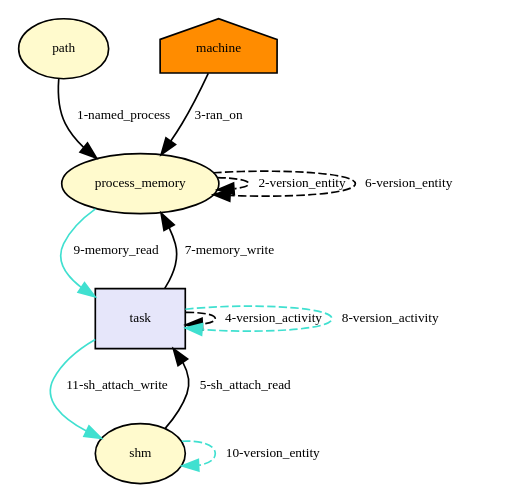
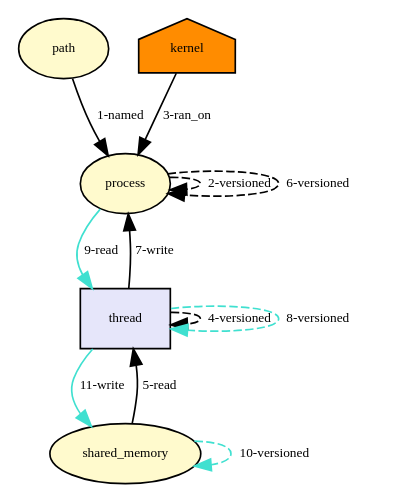
Before and after one commit to TinkerBellSystem/graph-matching: the diagram in dot/demo_shm_shmat.dot, drawn with Graphviz. The commit also changed 1 other file, not shown here.

```diff
--- a/dot/demo_shm_shmat.dot
+++ b/dot/demo_shm_shmat.dot
@@ -1,33 +1,33 @@
 digraph RGL__DirectedAdjacencyGraph {path[fontsize = 8,label = "path",shape = ellipse, fillcolor="#fffacd", style = filled]
 
-process_memory[fontsize = 8,label = "process_memory",shape = ellipse, fillcolor="#fffacd", style = filled]
+process[fontsize = 8,label = "process",shape = ellipse, fillcolor="#fffacd", style = filled]
 
-path -> process_memory[fontsize = 8,label = "1-named_process", color="#000000"]
+path -> process[fontsize = 8,label = "1-named", color="#000000"]
 
-process_memory -> process_memory[fontsize = 8,label = "2-version_entity", color="#000000", style = dashed]
+process -> process[fontsize = 8,label = "2-versioned", color="#000000", style = dashed]
 
-machine[fontsize = 8,label = "machine",shape = house, fillcolor="#ff8c00", style = filled]
+kernel[fontsize = 8,label = "kernel",shape = house, fillcolor="#ff8c00", style = filled]
 
-machine -> process_memory[fontsize = 8,label = "3-ran_on", color="#000000"]
+kernel -> process[fontsize = 8,label = "3-ran_on", color="#000000"]
 
-task[fontsize = 8,label = "task",shape = rectangle, fillcolor="#e6e6fa", style = filled]
+thread[fontsize = 8,label = "thread",shape = rectangle, fillcolor="#e6e6fa", style = filled]
 
-task -> task[fontsize = 8,label = "4-version_activity", color="#000000", style = dashed]
+thread -> thread[fontsize = 8,label = "4-versioned", color="#000000", style = dashed]
 
-shm[fontsize = 8,label = "shm",shape = ellipse, fillcolor="#fffacd", style = filled]
+shared_memory[fontsize = 8,label = "shared_memory",shape = ellipse, fillcolor="#fffacd", style = filled]
 
-shm -> task[fontsize = 8,label = "5-sh_attach_read", color="#000000"]
+shared_memory -> thread[fontsize = 8,label = "5-read", color="#000000"]
 
-process_memory -> process_memory[fontsize = 8,label = "6-version_entity", color="#000000", style = dashed]
+process -> process[fontsize = 8,label = "6-versioned", color="#000000", style = dashed]
 
-task -> process_memory[fontsize = 8,label = "7-memory_write", color="#000000"]
+thread -> process[fontsize = 8,label = "7-write", color="#000000"]
 
-task -> task[fontsize = 8,label = "8-version_activity", color="#40e0d0", style = dashed]
+thread -> thread[fontsize = 8,label = "8-versioned", color="#40e0d0", style = dashed]
 
-process_memory -> task[fontsize = 8,label = "9-memory_read", color="#40e0d0"]
+process -> thread[fontsize = 8,label = "9-read", color="#40e0d0"]
 
-shm -> shm[fontsize = 8,label = "10-version_entity", color="#40e0d0", style = dashed]
+shared_memory -> shared_memory[fontsize = 8,label = "10-versioned", color="#40e0d0", style = dashed]
 
-task -> shm[fontsize = 8,label = "11-sh_attach_write", color="#40e0d0"]
+thread -> shared_memory[fontsize = 8,label = "11-write", color="#40e0d0"]
 
 }
```
